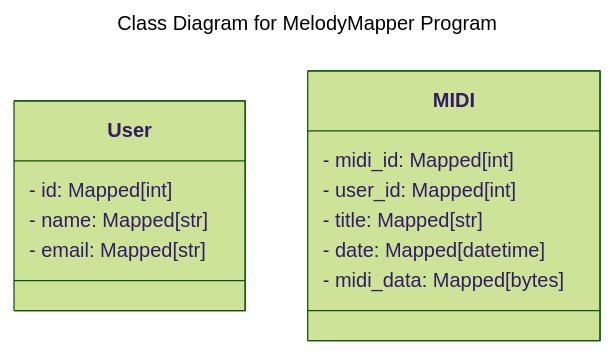
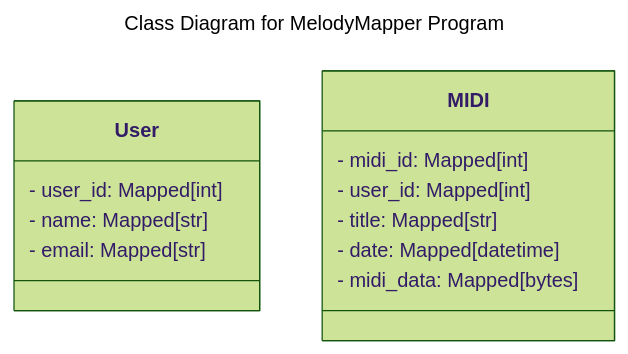
The third of 6 diagrams in README.md (bengoh815/cs506-project), drawn with Mermaid (forest theme) before and after one commit. The commit also changed other lines of this file and 16 other files, not shown here.

````diff
--- a/README.md
+++ b/README.md
@@ -133,20 +133,20 @@
 ```mermaid
 ---
 ---
 title: Class Diagram for MelodyMapper Program
 ---
 classDiagram
     class User {
-        - id: Mapped[int]
+        - user_id: Mapped[int]
         - name: Mapped[str]
         - email: Mapped[str]
     }
 
     class MIDI {
         - midi_id: Mapped[int]
         - user_id: Mapped[int]
         - title: Mapped[str]
         - date: Mapped[datetime]
         - midi_data: Mapped[bytes]
     }
 ```
````
